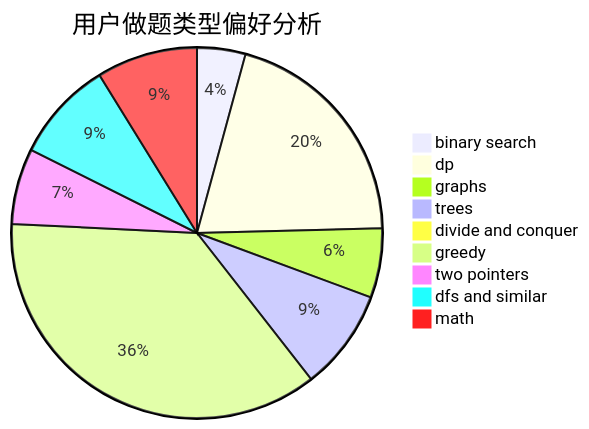
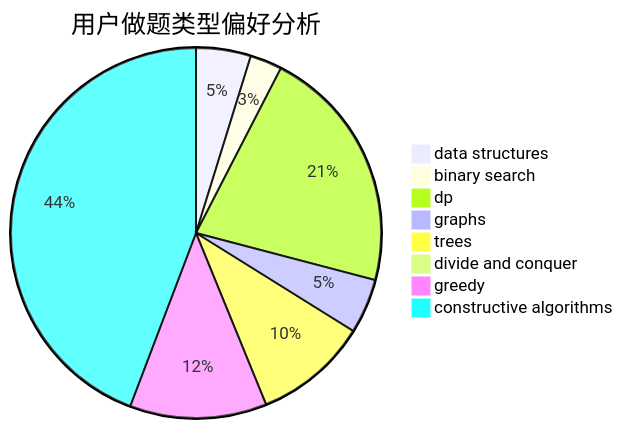
Before and after one commit to sherpahu/cfrs.github.io: the second of 3 diagrams in docs/user/u2492.md, drawn with Mermaid. The commit also changed other lines of this file and 2775 other files, not shown here.

````diff
--- a/docs/user/u2492.md
+++ b/docs/user/u2492.md
@@ -23,12 +23,11 @@
 ```mermaid
 pie title 用户做题类型偏好分析
-    "binary search" :  23
-    "dp" :  111
-    "graphs" :  33
-    "trees" :  48
+    "data structures" :  12
+    "binary search" :  7
+    "dp" :  54
+    "graphs" :  12
+    "trees" :  25
     "divide and conquer" :  1
-    "greedy" :  198
-    "two pointers" :  36
-    "dfs and similar" :  48
-    "math" :  48
+    "greedy" :  30
+    "constructive algorithms" :  111
 ```
````
